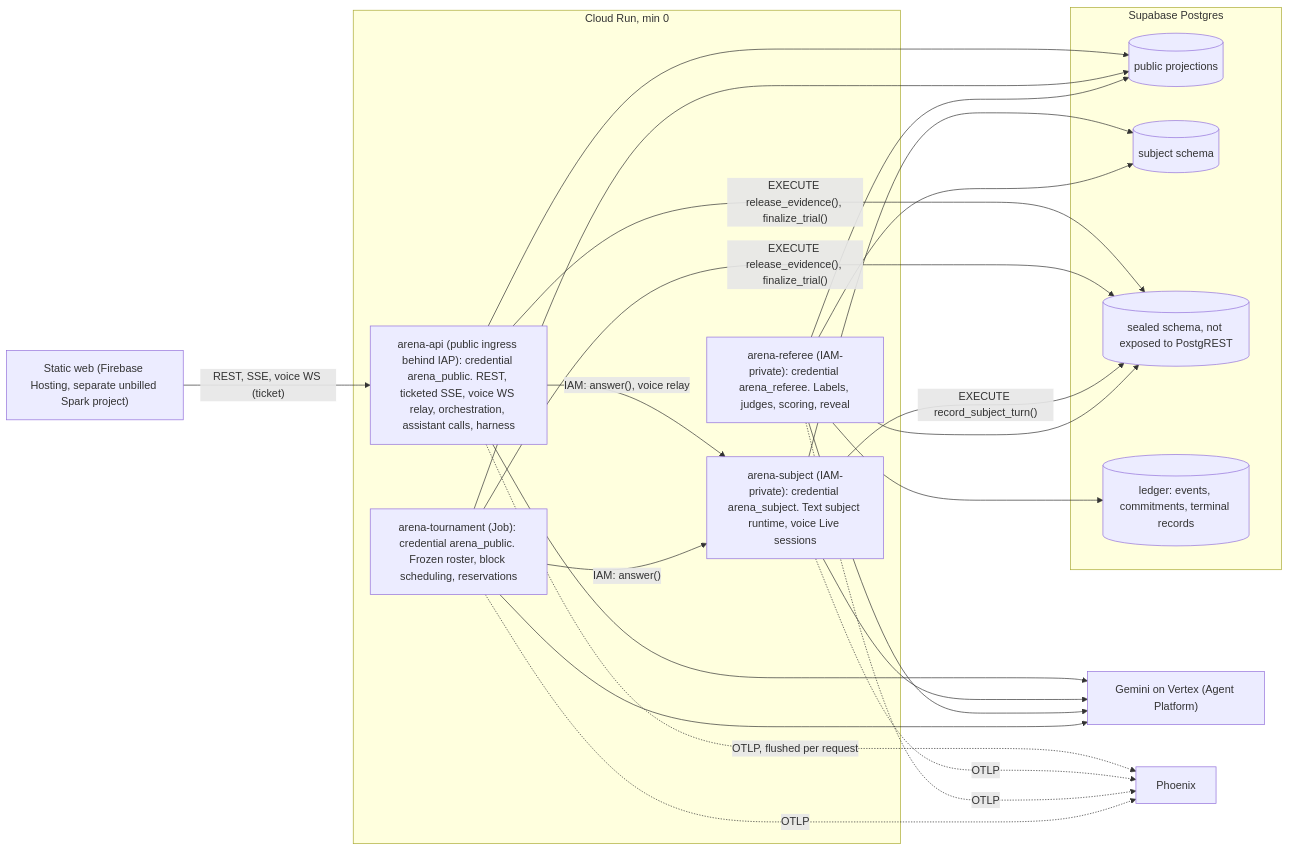
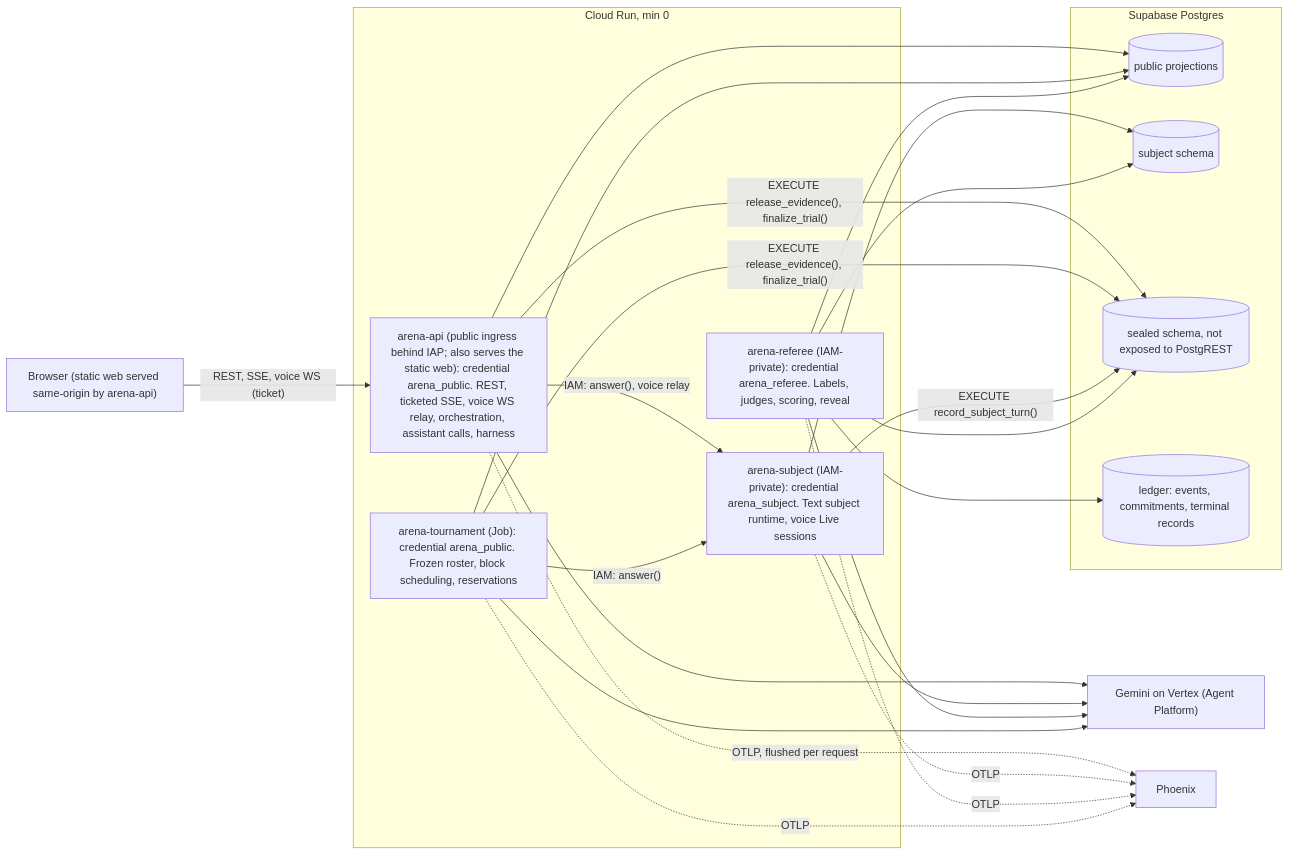
One commit to bbsatvik01/unissant_agentic_training_arena changed the diagram in docs/research/synthesis/02-direction.md. Above: the diagram before and after it, drawn with Mermaid. The commit also changed other lines of this file and 6 other files, not shown here.

````diff
--- a/docs/research/synthesis/02-direction.md
+++ b/docs/research/synthesis/02-direction.md
@@ -62,39 +62,39 @@
 ```mermaid
 flowchart LR
-  W["Static web (Firebase Hosting, separate unbilled Spark project)"]
+  W["Browser (static web served same-origin by arena-api)"]
   subgraph CR["Cloud Run, min 0"]
-    API["arena-api (public ingress behind IAP): credential arena_public. REST, ticketed SSE, voice WS relay, orchestration, assistant calls, harness"]
+    API["arena-api (public ingress behind IAP; also serves the static web): credential arena_public. REST, ticketed SSE, voice WS relay, orchestration, assistant calls, harness"]
     SUBJ["arena-subject (IAM-private): credential arena_subject. Text subject runtime, voice Live sessions"]
     REF["arena-referee (IAM-private): credential arena_referee. Labels, judges, scoring, reveal"]
     JOB["arena-tournament (Job): credential arena_public. Frozen roster, block scheduling, reservations"]
   end
   subgraph SB["Supabase Postgres"]
     PUB[("public projections")]
     PRIV[("subject schema")]
     SEAL[("sealed schema, not exposed to PostgREST")]
     LED[("ledger: events, commitments, terminal records")]
   end
   V["Gemini on Vertex (Agent Platform)"]
   PX["Phoenix"]
   W -- "REST, SSE, voice WS (ticket)" --> API
   API -- "IAM: answer(), voice relay" --> SUBJ
   JOB -- "IAM: answer()" --> SUBJ
   API -- "EXECUTE release_evidence(), finalize_trial()" --> SEAL
   JOB -- "EXECUTE release_evidence(), finalize_trial()" --> SEAL
   API --> PUB
   JOB --> PUB
   SUBJ -- "EXECUTE record_subject_turn()" --> SEAL
   SUBJ --> PRIV
   REF --> SEAL
   REF --> PRIV
   REF --> LED
   REF --> PUB
   API --> V
   SUBJ --> V
   REF --> V
   JOB --> V
   API -. "OTLP, flushed per request" .-> PX
   SUBJ -. OTLP .-> PX
   REF -. OTLP .-> PX
   JOB -. OTLP .-> PX
 ```
````
